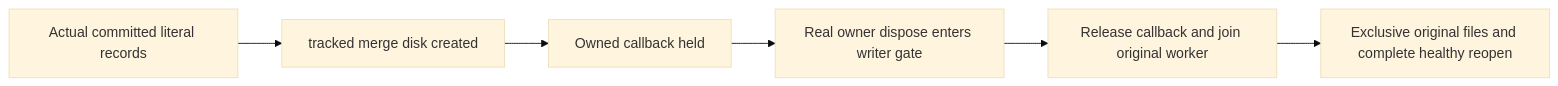
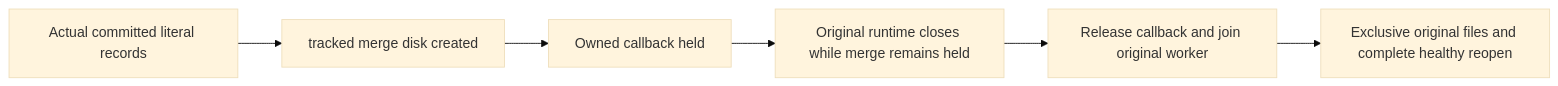
The sixth of 6 diagrams in docs/Features/StorageRecovery.md (managedcode/KeyLoad), drawn with Mermaid (base theme) before and after one commit. The commit also changed other lines of this file and 856 other files, not shown here.

````diff
--- a/docs/Features/StorageRecovery.md
+++ b/docs/Features/StorageRecovery.md
@@ -214,8 +215,8 @@
 ```mermaid
 flowchart LR
   Commit[Actual committed literal records] --> Merge[tracked merge disk created]
   Merge --> Hold[Owned callback held]
-  Hold --> Dispose[Real owner dispose enters writer gate]
+  Hold --> Dispose[Original runtime closes while merge remains held]
   Dispose --> Join[Release callback and join original worker]
   Join --> Reopen[Exclusive original files and complete healthy reopen]
 ```
````
